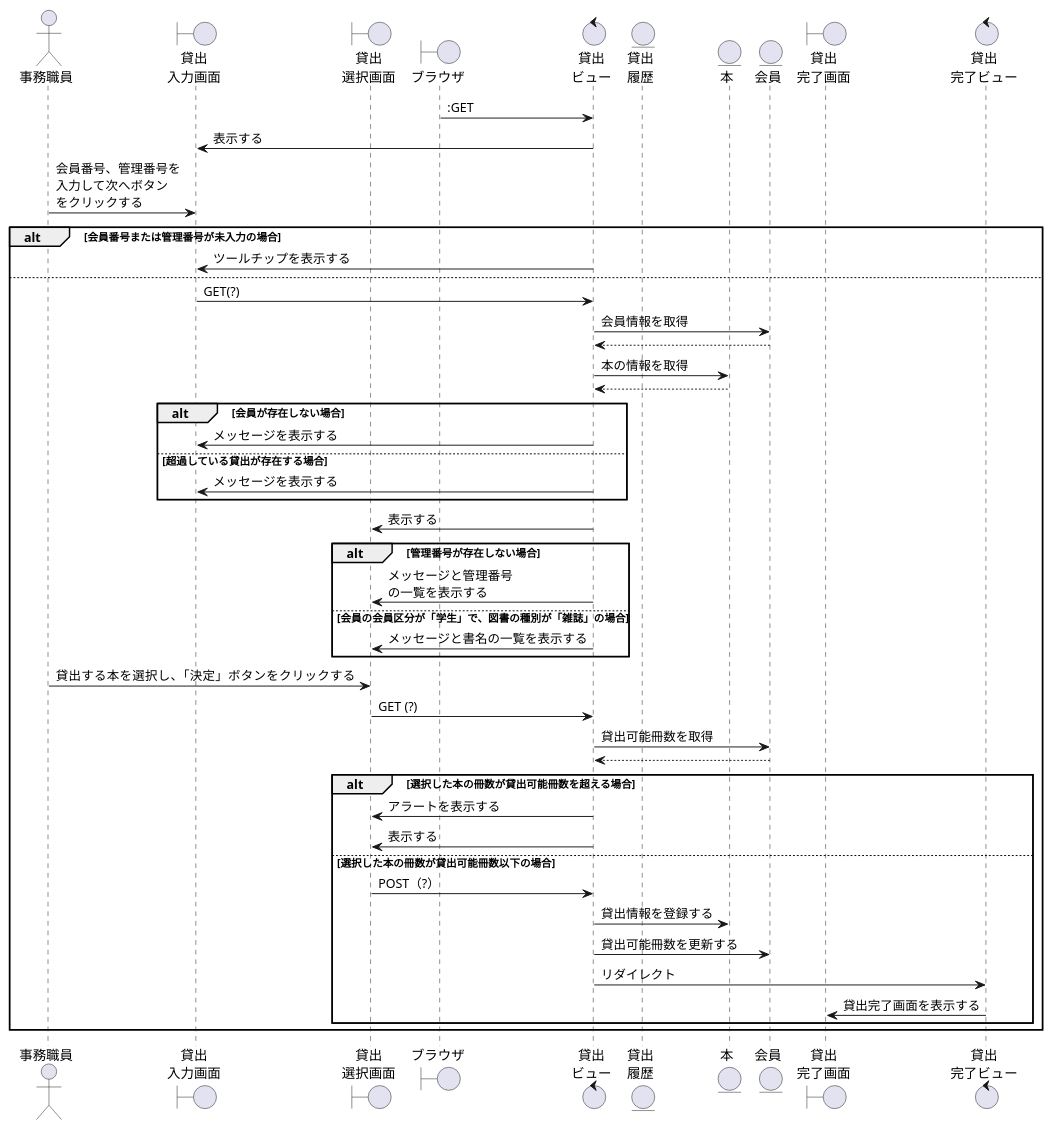
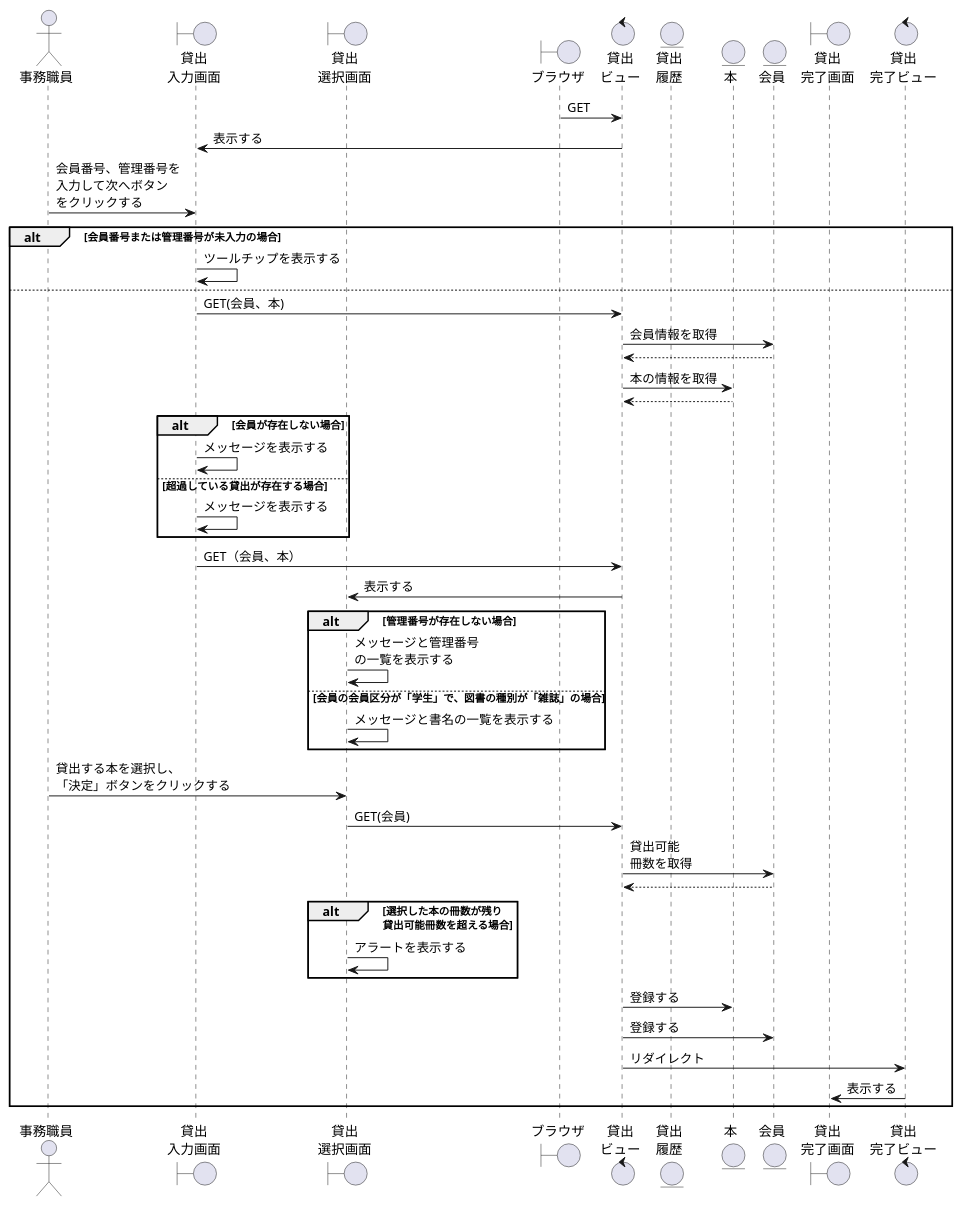
One commit to ysyk-wtnb16/team_D changed the diagram in 効果測定/貸出.wsd. Above: the diagram before and after it, drawn with PlantUML. The commit also changed other lines of this file and 3 other files, not shown here.

```diff
--- a/効果測定/貸出.wsd
+++ b/効果測定/貸出.wsd
@@ -1,54 +1,50 @@
 @startuml KD
-
+ 
 actor "事務職員" as staff
 boundary "貸出\n入力画面" as KDIns
 boundary "貸出\n選択画面" as KDSelects
 boundary "ブラウザ" as brz
 control "貸出\nビュー" as KDv
 entity "貸出\n履歴" as KDR
 entity "本" as book
 entity "会員" as member
 boundary "貸出\n完了画面" as KDOKs
 control "貸出\n完了ビュー" as KDOKv
-
-brz -> KDv::GET
+ 
+brz -> KDv:GET
 KDIns <- KDv:表示する
 staff -> KDIns: 会員番号、管理番号を\n入力して次へボタン\nをクリックする
 alt 会員番号または管理番号が未入力の場合
-    KDIns <- KDv: ツールチップを表示する
-else 
-    KDIns -> KDv: GET(?)
+    KDIns -> KDIns: ツールチップを表示する
+else
+    KDIns -> KDv: GET(会員、本)
     KDv -> member: 会員情報を取得
     KDv <-- member
     KDv -> book: 本の情報を取得
     KDv <-- book
     alt 会員が存在しない場合
-        KDIns <- KDv: メッセージを表示する
+        KDIns -> KDIns: メッセージを表示する
     else 超過している貸出が存在する場合
-        KDIns <- KDv:メッセージを表示する
+        KDIns -> KDIns:メッセージを表示する
     end
+    KDIns -> KDv:GET（会員、本）
     KDSelects <- KDv:表示する
     alt 管理番号が存在しない場合
-        KDSelects <- KDv: メッセージと管理番号\nの一覧を表示する
+        KDSelects -> KDSelects: メッセージと管理番号\nの一覧を表示する
     else 会員の会員区分が「学生」で、図書の種別が「雑誌」の場合
-        KDSelects <- KDv: メッセージと書名の一覧を表示する
+        KDSelects -> KDSelects: メッセージと書名の一覧を表示する
     end
-    staff -> KDSelects: 貸出する本を選択し、「決定」ボタンをクリックする
-    KDSelects -> KDv: GET (?)
-    KDv -> member: 貸出可能冊数を取得
-    KDv <-- member
-
-    alt 選択した本の冊数が貸出可能冊数を超える場合
-        KDSelects <- KDv: アラートを表示する
-        KDSelects <- KDv: 表示する
-    else 選択した本の冊数が貸出可能冊数以下の場合
-        KDSelects -> KDv: POST（?）
-        KDv -> book: 貸出情報を登録する
-        KDv -> member: 貸出可能冊数を更新する
-        KDv -> KDOKv: リダイレクト
-        KDOKs <- KDOKv: 貸出完了画面を表示する
+    staff -> KDSelects:貸出する本を選択し、\n「決定」ボタンをクリックする
+    KDSelects -> KDv:GET(会員)
+    KDv -> member:貸出可能\n冊数を取得
+    KDv <-- member:
+    alt 選択した本の冊数が残り\n貸出可能冊数を超える場合
+        KDSelects -> KDSelects:アラートを表示する
     end
-
+    KDv -> book:登録する
+    KDv -> member:登録する
+    KDv -> KDOKv:リダイレクト
+    KDOKs <-KDOKv:表示する
 end
-
+ 
 @enduml
```
